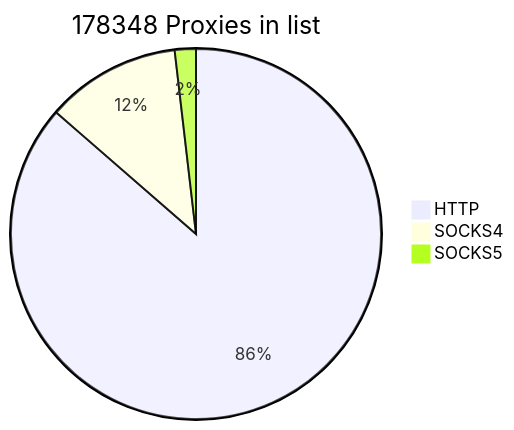
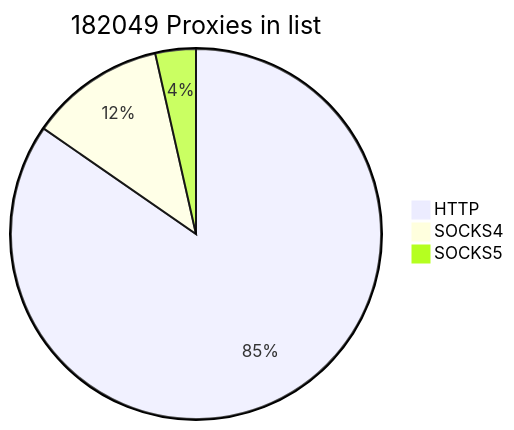
One commit to cutipu/proxylist changed the first of 2 diagrams in README.md. Above: the diagram before and after it, drawn with Mermaid. The commit also changed other lines of this file, not shown here.

````diff
--- a/README.md
+++ b/README.md
@@ -2,7 +2,7 @@
 ```mermaid
-pie title 178348 Proxies in list
-    "HTTP" : 154081
-    "SOCKS4" : 20978
-    "SOCKS5" : 3289
+pie title 182049 Proxies in list
+    "HTTP" : 154084
+    "SOCKS4" : 21524
+    "SOCKS5" : 6441
             
 ```
````
